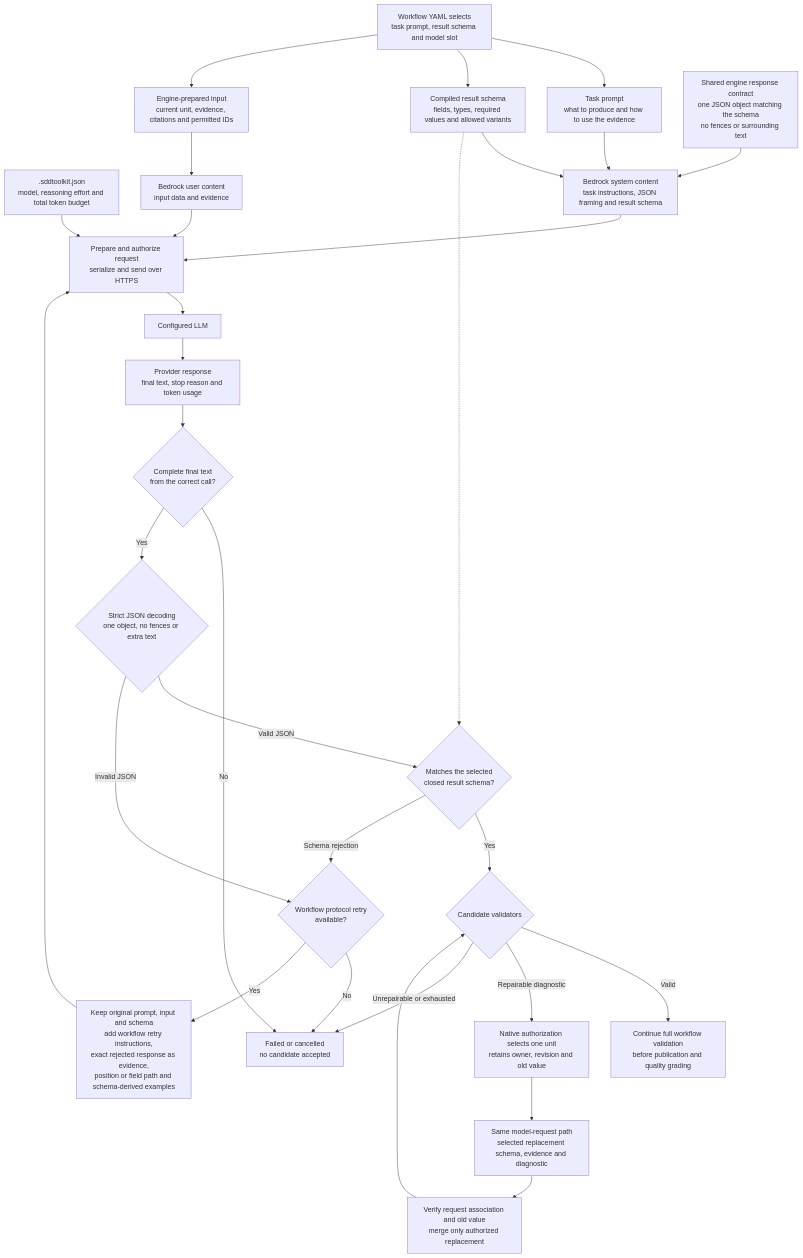
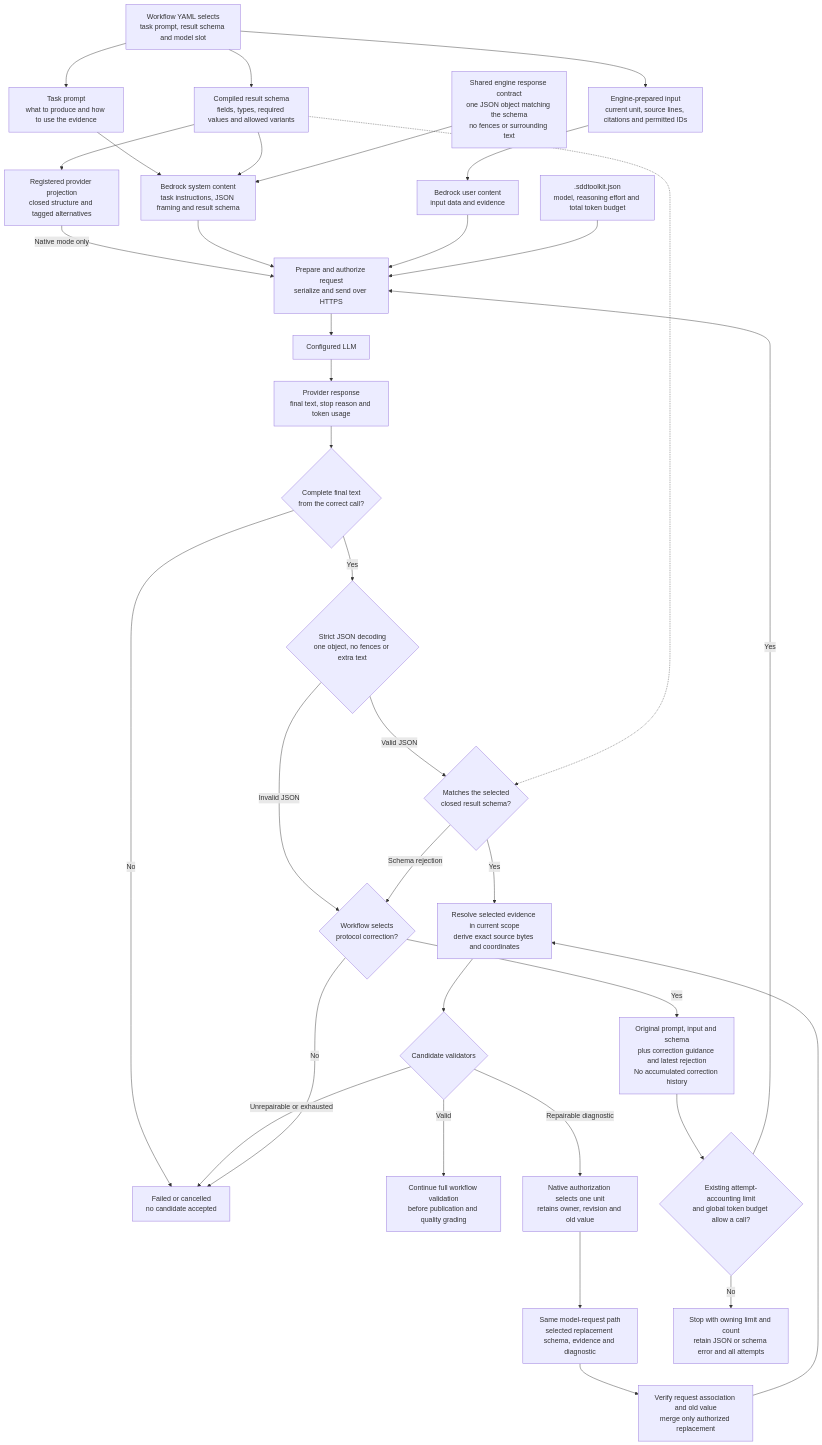
The diagram in design/diagrams/17-model-prompt-response-flow.md (littledespot/sdde), drawn with Mermaid before and after one commit. The commit also changed other lines of this file and 99 other files, not shown here.

````diff
--- a/design/diagrams/17-model-prompt-response-flow.md
+++ b/design/diagrams/17-model-prompt-response-flow.md
@@ -8,39 +8,44 @@
 ```mermaid
 flowchart TD
     Workflow["Workflow YAML selects<br/>task prompt, result schema and model slot"]
     Config[".sddtoolkit.json<br/>model, reasoning effort and total token budget"]
     Prompt["Task prompt<br/>what to produce and how to use the evidence"]
     Schema["Compiled result schema<br/>fields, types, required values and allowed variants"]
-    Input["Engine-prepared input<br/>current unit, evidence, citations and permitted IDs"]
+    Input["Engine-prepared input<br/>current unit, source lines, citations and permitted IDs"]
     Format["Shared engine response contract<br/>one JSON object matching the schema<br/>no fences or surrounding text"]
 
     Workflow --> Prompt
     Workflow --> Schema
     Workflow --> Input
     Prompt --> System["Bedrock system content<br/>task instructions, JSON framing and result schema"]
     Schema --> System
+    Schema --> Grammar["Registered provider projection<br/>closed structure and tagged alternatives"]
+    Grammar -->|Native mode only| Request
     Format --> System
     Input --> User["Bedrock user content<br/>input data and evidence"]
     System --> Request["Prepare and authorize request<br/>serialize and send over HTTPS"]
     User --> Request
     Config --> Request
     Request --> LLM["Configured LLM"]
     LLM --> Response["Provider response<br/>final text, stop reason and token usage"]
     Response --> Eligible{"Complete final text<br/>from the correct call?"}
     Eligible -->|No| Stop["Failed or cancelled<br/>no candidate accepted"]
     Eligible -->|Yes| Syntax{"Strict JSON decoding<br/>one object, no fences or extra text"}
     Syntax -->|Valid JSON| Shape{"Matches the selected<br/>closed result schema?"}
     Schema -.-> Shape
-    Shape -->|Yes| Candidate{"Candidate validators"}
+    Shape -->|Yes| Resolve["Resolve selected evidence in current scope<br/>derive exact source bytes and coordinates"]
+    Resolve --> Candidate{"Candidate validators"}
     Candidate -->|Valid| Publish["Continue full workflow validation<br/>before publication and quality grading"]
     Candidate -->|Repairable diagnostic| Authorize["Native authorization selects one unit<br/>retains owner, revision and old value"]
     Authorize --> Repair["Same model-request path<br/>selected replacement schema, evidence and diagnostic"]
     Repair --> Merge["Verify request association and old value<br/>merge only authorized replacement"]
-    Merge --> Candidate
+    Merge --> Resolve
     Candidate -->|Unrepairable or exhausted| Stop
-    Syntax -->|Invalid JSON| Retry{"Workflow protocol retry<br/>available?"}
+    Syntax -->|Invalid JSON| Retry{"Workflow selects<br/>protocol correction?"}
     Shape -->|Schema rejection| Retry
     Retry -->|No| Stop
-    Retry -->|Yes| Correction["Keep original prompt, input and schema<br/>add workflow retry instructions,<br/>exact rejected response as evidence,<br/>position or field path and schema-derived examples"]
-    Correction --> Request
+    Retry -->|Yes| Correction["Original prompt, input and schema<br/>plus correction guidance and latest rejection<br/>No accumulated correction history"]
+    Correction --> Accounting{"Existing attempt-accounting limit<br/>and global token budget allow a call?"}
+    Accounting -->|Yes| Request
+    Accounting -->|No| Exhausted["Stop with owning limit and count<br/>retain JSON or schema error and all attempts"]
 ```
````
